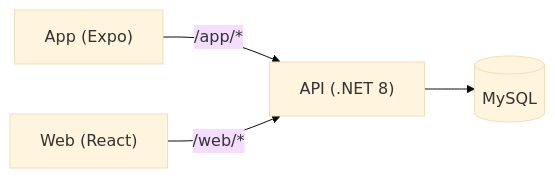
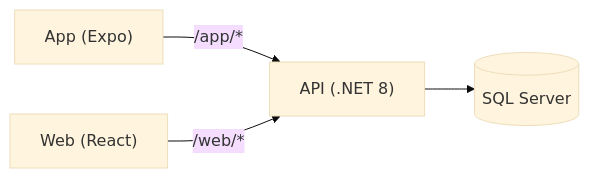
The diagram in README.md (Filipe-Saulo/Family-Vault-Api), drawn with Mermaid (base theme) before and after one commit. The commit also changed other lines of this file and 5 other files, not shown here.

````diff
--- a/README.md
+++ b/README.md
@@ -7,6 +7,6 @@
 ```mermaid
 flowchart LR
     App["App (Expo)"] -->|"/app/*"| API["API (.NET 8)"]
     Web["Web (React)"] -->|"/web/*"| API
-    API --> DB[("MySQL")]
+    API --> DB[("SQL Server")]
 ```
````
